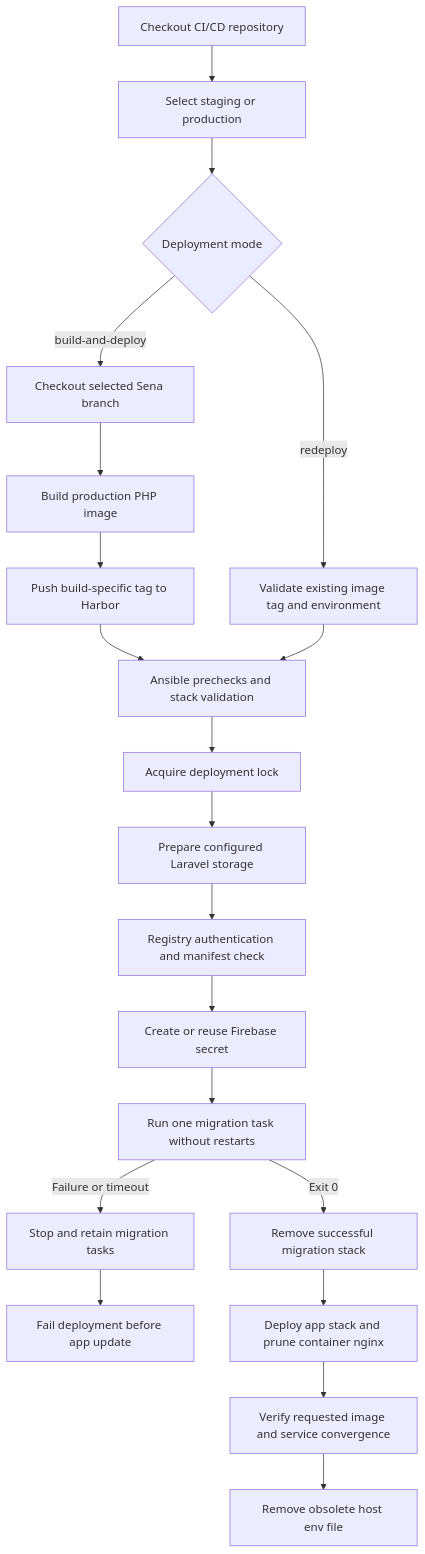
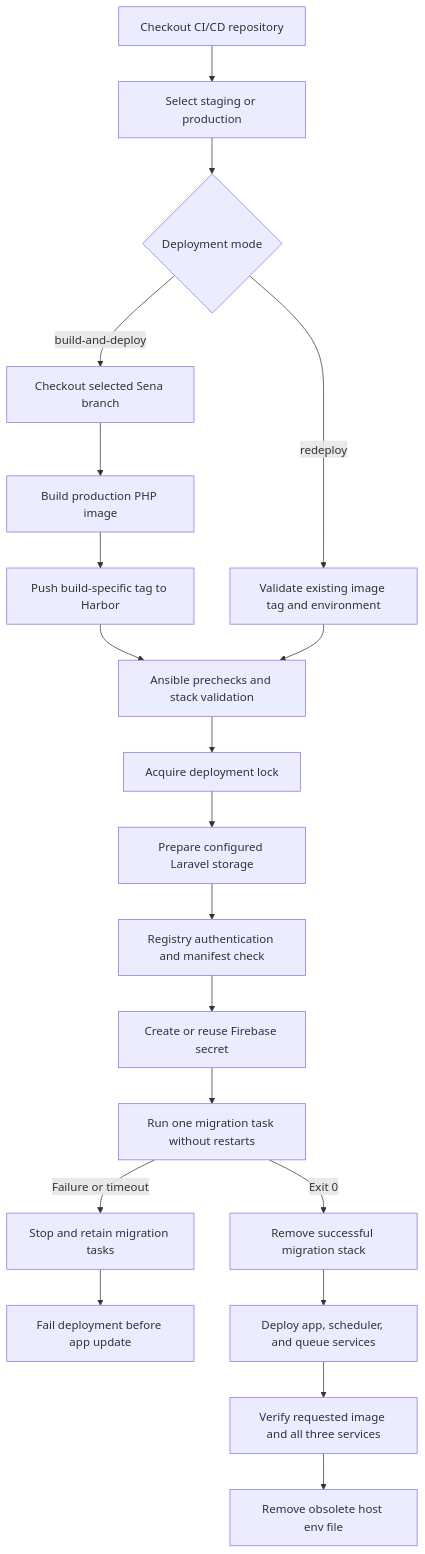
The diagram in README.md (innovity-Technologies-Inc/sena-coreapi-cicd), drawn with Mermaid before and after one commit. The commit also changed other lines of this file and 5 other files, not shown here.

Commit message:
Separate app scheduler and queue Swarm services

````diff
--- a/README.md
+++ b/README.md
@@ -9,22 +9,22 @@
 ```mermaid
 flowchart TD
     A[Checkout CI/CD repository] --> B[Select staging or production]
     B --> P{Deployment mode}
     P -->|build-and-deploy| C[Checkout selected Sena branch]
     C --> D[Build production PHP image]
     D --> E[Push build-specific tag to Harbor]
     E --> F[Ansible prechecks and stack validation]
     P -->|redeploy| R[Validate existing image tag and environment]
     R --> F
     F --> G[Acquire deployment lock]
     G --> G1[Prepare configured Laravel storage]
     G1 --> H[Registry authentication and manifest check]
     H --> H1[Create or reuse Firebase secret]
     H1 --> I[Run one migration task without restarts]
     I -->|Exit 0| J[Remove successful migration stack]
     I -->|Failure or timeout| K[Stop and retain migration tasks]
     K --> L[Fail deployment before app update]
-    J --> M[Deploy app stack and prune container nginx]
-    M --> N[Verify requested image and service convergence]
+    J --> M[Deploy app, scheduler, and queue services]
+    M --> N[Verify requested image and all three services]
     N --> O[Remove obsolete host env file]
 ```
````
